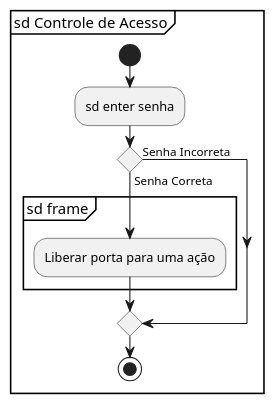
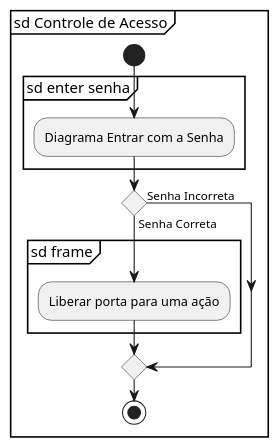
One commit to LeonardoVieiraGuimaraes/OrientacaoObjetos changed the second of 2 diagrams in UML/DiagramasComportamentais/VisaoGeralInteracao.puml. Above: the diagram before and after it, drawn with PlantUML. The commit also changed other lines of this file and 11 other files, not shown here.

```diff
--- a/UML/DiagramasComportamentais/VisaoGeralInteracao.puml
+++ b/UML/DiagramasComportamentais/VisaoGeralInteracao.puml
@@ -17,15 +17,17 @@
 @startuml
 partition sd Controle de Acesso {
-  start 
-  :sd enter senha;  
+  start
+  partition sd enter senha {
+    :Diagrama Entrar com a Senha;
+      }
     if () then (Senha Correta)
       partition sd frame {
       :Liberar porta para uma ação;
       }
     else (Senha Incorreta)
       
     endif
     stop
 }
 
 @enduml
```
